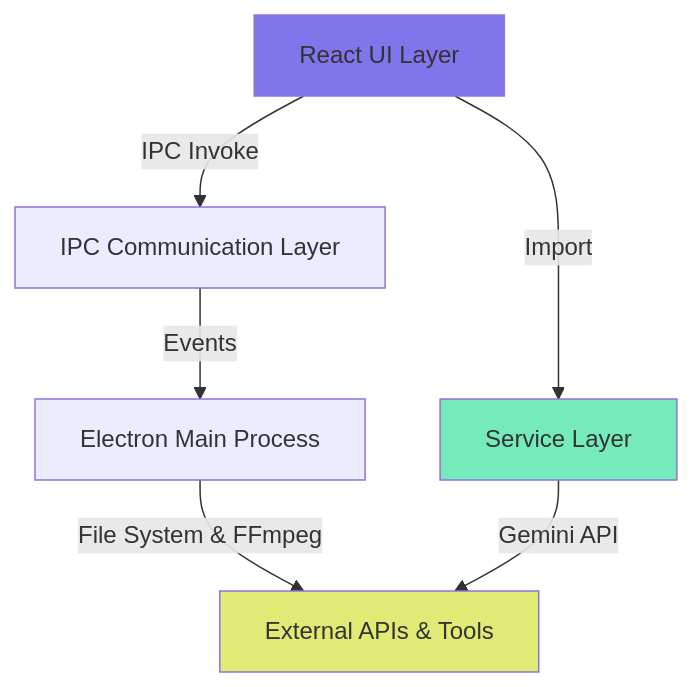
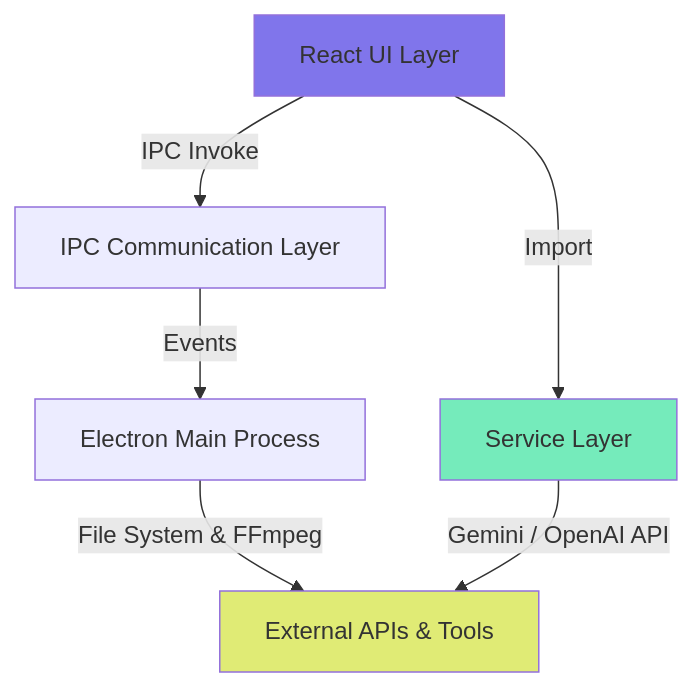
Before and after one commit to stskr/sublibr: the diagram in .claude/app_documentation.md, drawn with Mermaid. The commit also changed other lines of this file and 1 other file, not shown here.

````diff
--- a/.claude/app_documentation.md
+++ b/.claude/app_documentation.md
@@ -134,18 +138,18 @@
 ```mermaid
 graph TB
     UI[React UI Layer]
     IPC[IPC Communication Layer]
     Main[Electron Main Process]
     Services[Service Layer]
     External[External APIs & Tools]
-    
+
     UI -->|IPC Invoke| IPC
     IPC -->|Events| Main
     Main -->|File System & FFmpeg| External
-    Services -->|Gemini API| External
+    Services -->|Gemini / OpenAI API| External
     UI -->|Import| Services
-    
+
     style UI fill:#8075EB
     style Services fill:#75EBBB
     style External fill:#E0EB75
 ```
````
